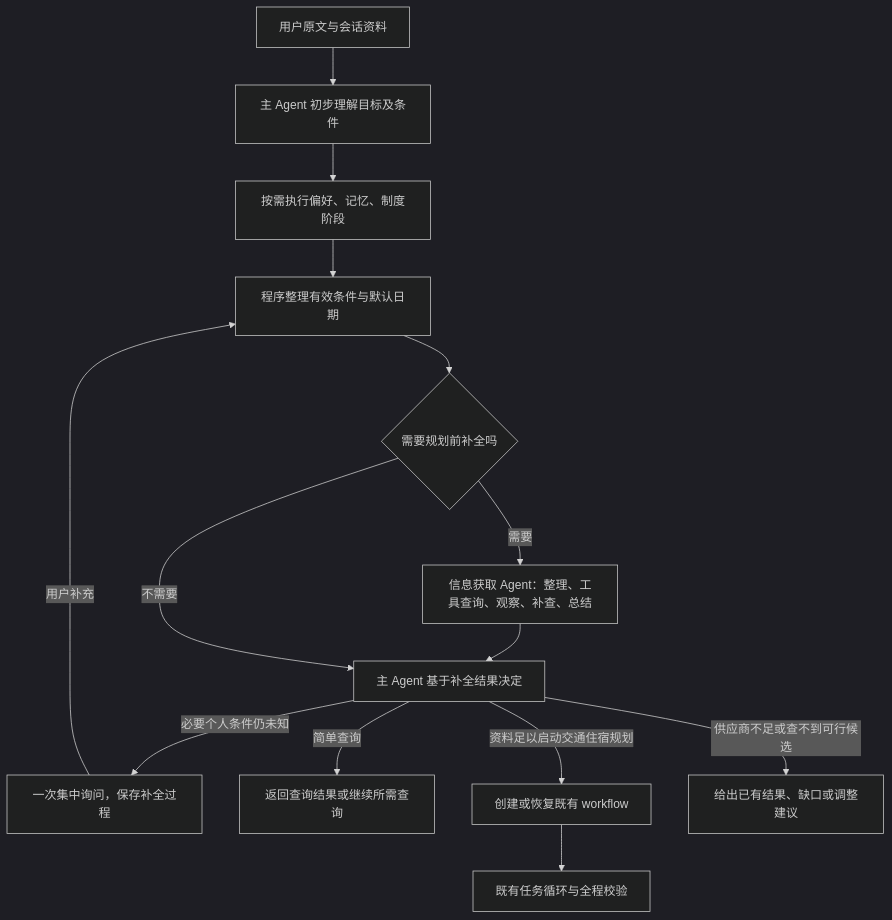
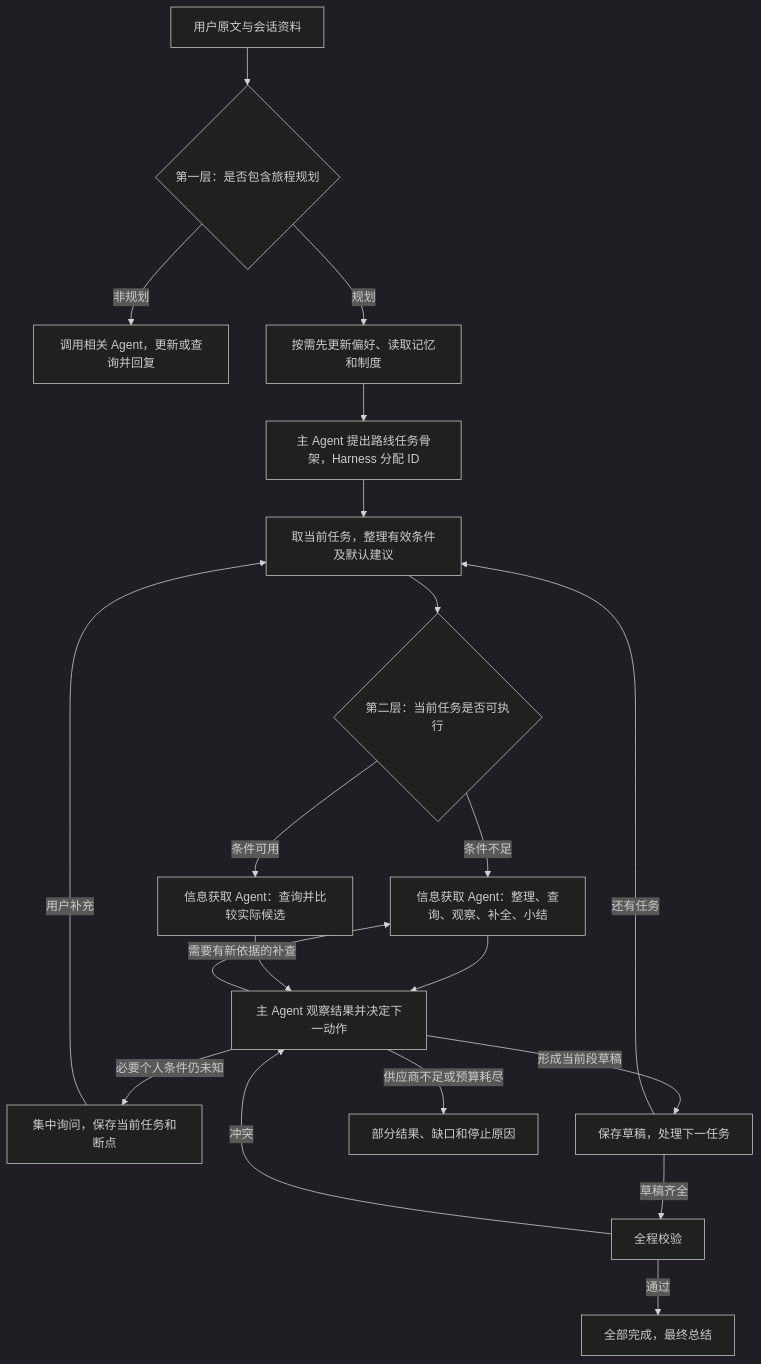
Before and after one commit to yzy703050-oss/trip-evidence-agent: the diagram in docs/superpowers/specs/2026-10-10-planning-preflight-design.md, drawn with Mermaid (dark theme). The commit also changed other lines of this file, not shown here.

````diff
--- a/docs/superpowers/specs/2026-10-10-planning-preflight-design.md
+++ b/docs/superpowers/specs/2026-10-10-planning-preflight-design.md
@@ -37,16 +41,22 @@
 ```mermaid
 flowchart TD
-    U[用户原文与会话资料] --> I[主 Agent 初步理解目标及条件]
-    I --> P[按需执行偏好、记忆、制度阶段]
-    P --> G[程序整理有效条件与默认日期]
-    G --> C{需要规划前补全吗}
-    C -->|需要| Q[信息获取 Agent：整理、工具查询、观察、补查、总结]
-    Q --> D[主 Agent 基于补全结果决定]
-    C -->|不需要| D
-    D -->|必要个人条件仍未知| A[一次集中询问，保存补全过程]
-    D -->|简单查询| R[返回查询结果或继续所需查询]
-    D -->|资料足以启动交通住宿规划| W[创建或恢复既有 workflow]
-    D -->|供应商不足或查不到可行候选| E[给出已有结果、缺口或调整建议]
+    U[用户原文与会话资料] --> I{第一层：是否包含旅程规划}
+    I -->|非规划| N[调用相关 Agent，更新或查询并回复]
+    I -->|规划| P[按需先更新偏好、读取记忆和制度]
+    P --> S[主 Agent 提出路线任务骨架，Harness 分配 ID]
+    S --> G[取当前任务，整理有效条件及默认建议]
+    G --> C{第二层：当前任务是否可执行}
+    C -->|条件不足| Q[信息获取 Agent：整理、查询、观察、补全、小结]
+    C -->|条件可用| X[信息获取 Agent：查询并比较实际候选]
+    Q --> D[主 Agent 观察结果并决定下一动作]
+    X --> D
+    D -->|必要个人条件仍未知| A[集中询问，保存当前任务和断点]
     A -->|用户补充| G
-    W --> L[既有任务循环与全程校验]
+    D -->|需要有新依据的补查| Q
+    D -->|形成当前段草稿| T[保存草稿，处理下一任务]
+    T -->|还有任务| G
+    T -->|草稿齐全| V[全程校验]
+    V -->|冲突| D
+    V -->|通过| F[全部完成，最终总结]
+    D -->|供应商不足或预算耗尽| E[部分结果、缺口和停止原因]
 ```
````
